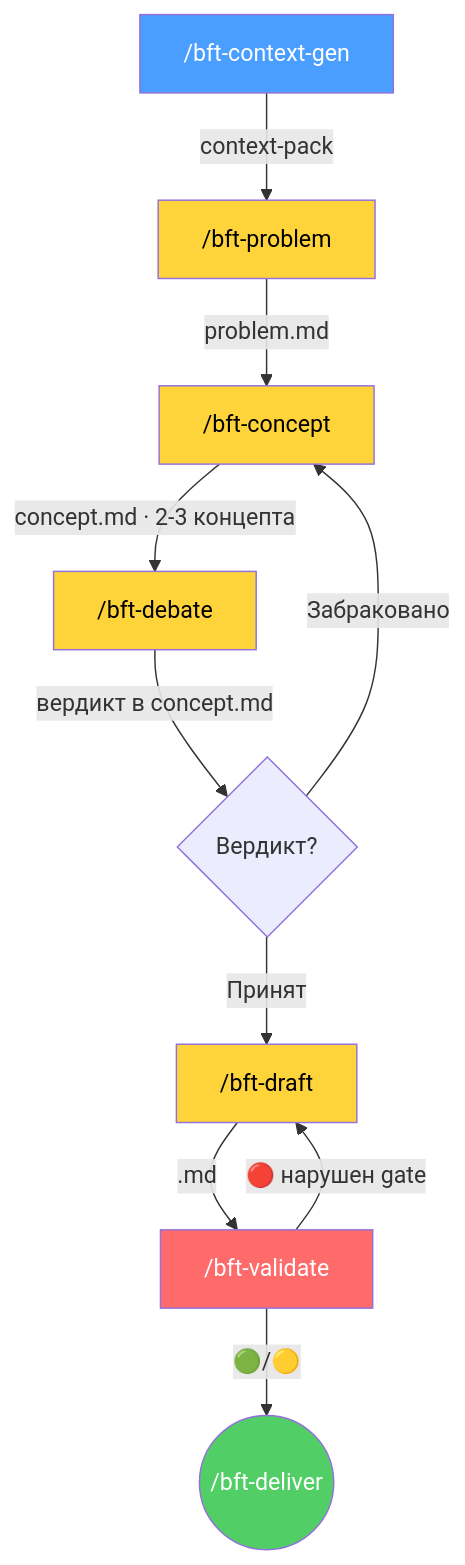
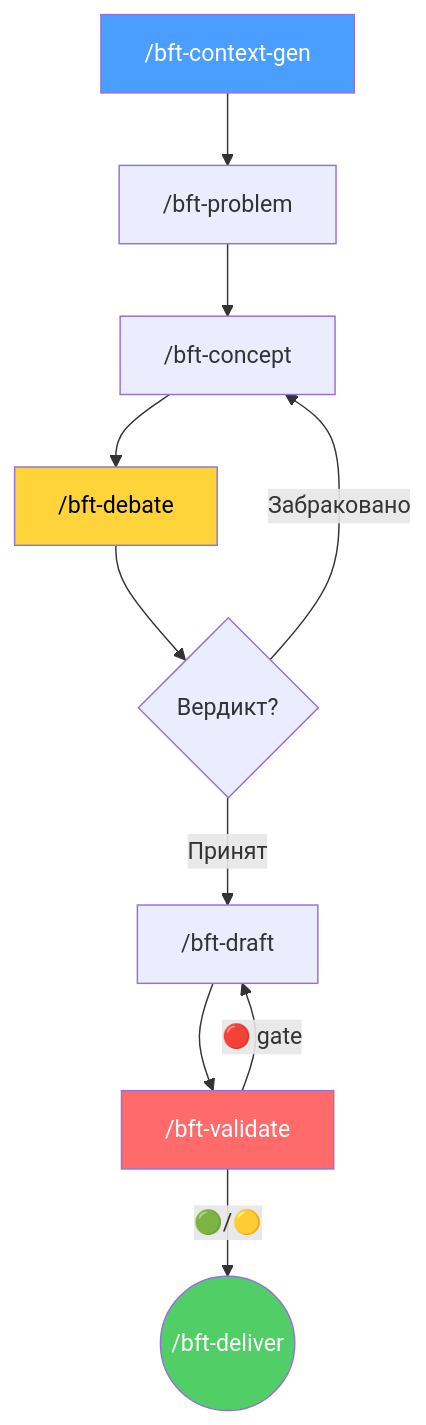
Before and after one commit to kibarik/po-helper: the third of 3 diagrams in README.md, drawn with Mermaid. The commit also changed other lines of this file, not shown here.

````diff
--- a/README.md
+++ b/README.md
@@ -90,22 +113,14 @@
 ```mermaid
 flowchart TD
-    A["/bft-context-gen"] -->|"context-pack"| B["/bft-problem"]
-    B -->|"problem.md"| C["/bft-concept"]
-    C -->|"concept.md · 2-3 концепта"| D["/bft-debate"]
-    D -->|"вердикт в concept.md"| E{Вердикт?}
-
+    A["/bft-context-gen"] --> B["/bft-problem"] --> C["/bft-concept"] --> D["/bft-debate"]
+    D --> E{Вердикт?}
     E -->|"Принят"| F["/bft-draft"]
     E -->|"Забраковано"| C
-
-    F -->|"<epic>.md"| G["/bft-validate"]
+    F --> G["/bft-validate"]
     G -->|"🟢/🟡"| H(("/bft-deliver"))
-    G -->|"🔴 нарушен gate"| F
-
+    G -->|"🔴 gate"| F
     style A fill:#4a9eff,color:#fff
-    style B fill:#ffd43b,color:#000
-    style C fill:#ffd43b,color:#000
     style D fill:#ffd43b,color:#000
-    style F fill:#ffd43b,color:#000
     style G fill:#ff6b6b,color:#fff
     style H fill:#51cf66,color:#fff
 ```
````
